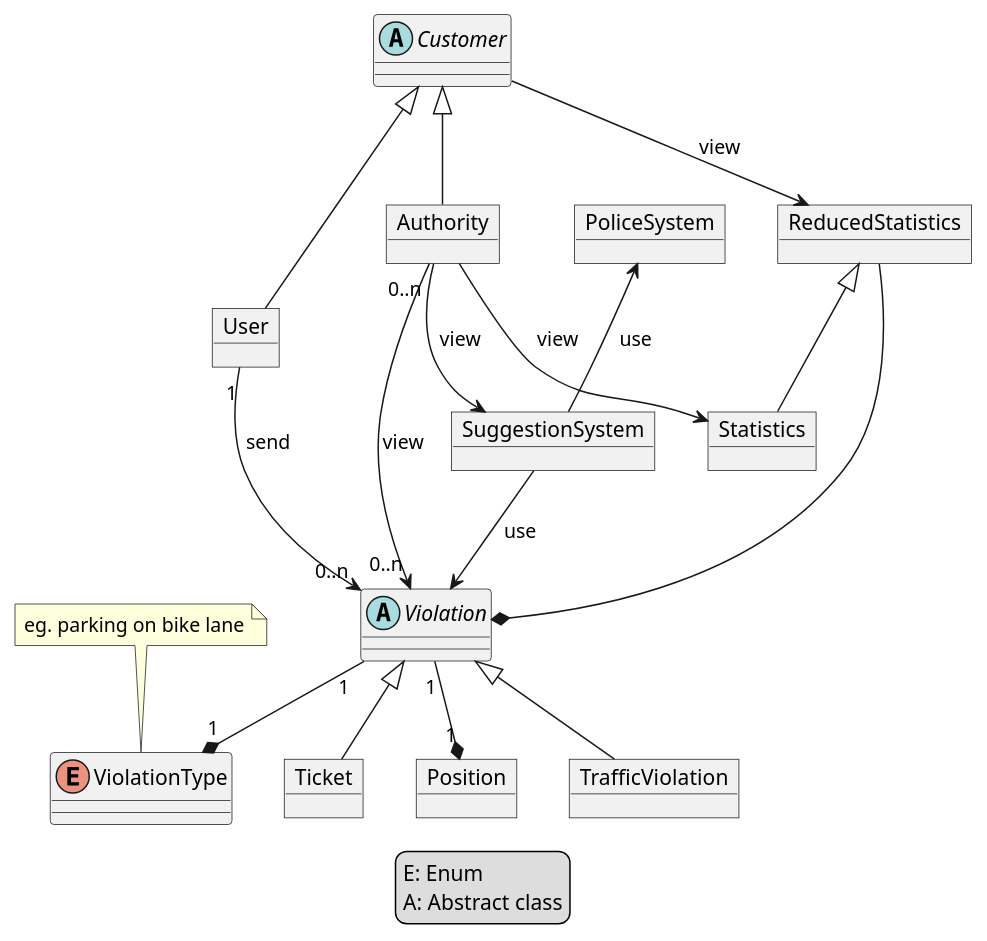
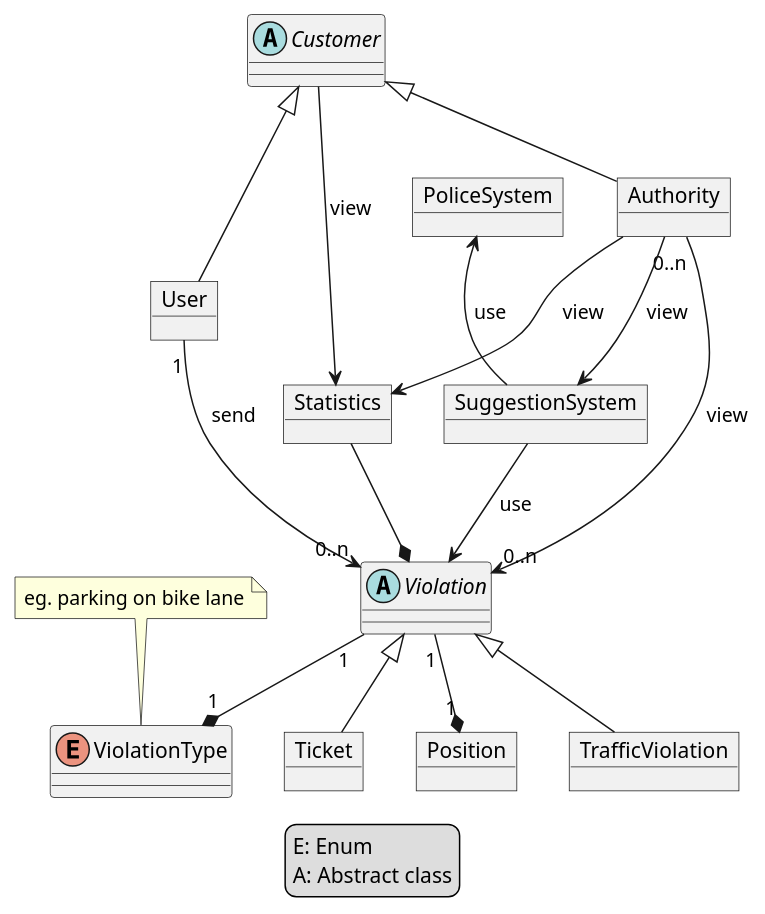
Before and after one commit to GiorgioUghini/SafeStreets: the diagram in RASD/materials/uml/classDiagram.wsd, drawn with PlantUML. The commit also changed 1 other file, not shown here.

Commit message:
Fix class diagram

```diff
--- a/RASD/materials/uml/classDiagram.wsd
+++ b/RASD/materials/uml/classDiagram.wsd
@@ -1,41 +1,39 @@
 @startuml Class Diagram
 
 legend
     E: Enum
     A: Abstract class
 end legend
 
 skinparam packageStyle rect
 
 abstract Customer
 object User
 object Authority
 abstract Violation
 enum ViolationType
 object TrafficViolation
 object Ticket
 object Position
-object ReducedStatistics
 object Statistics
 object SuggestionSystem
 object PoliceSystem
 
 note top of ViolationType : eg. parking on bike lane
 
 Customer <|-- User
 Customer <|-- Authority
-Customer --> ReducedStatistics : view
-ReducedStatistics --* Violation
-ReducedStatistics <|-- Statistics
+Customer --> Statistics : view
+Statistics --* Violation
 Authority --> Statistics : view
 User "1" --> "0..n" Violation : send
 Authority "0..n" --> "0..n" Violation : view
 Authority --> SuggestionSystem : view
 SuggestionSystem --> Violation : "use"
 PoliceSystem <-- SuggestionSystem : "use"
 Violation <|-- TrafficViolation
 Violation <|-- Ticket
 Violation "1" --* "1" ViolationType
 Violation "1" --* "1" Position
 
 @enduml
```
